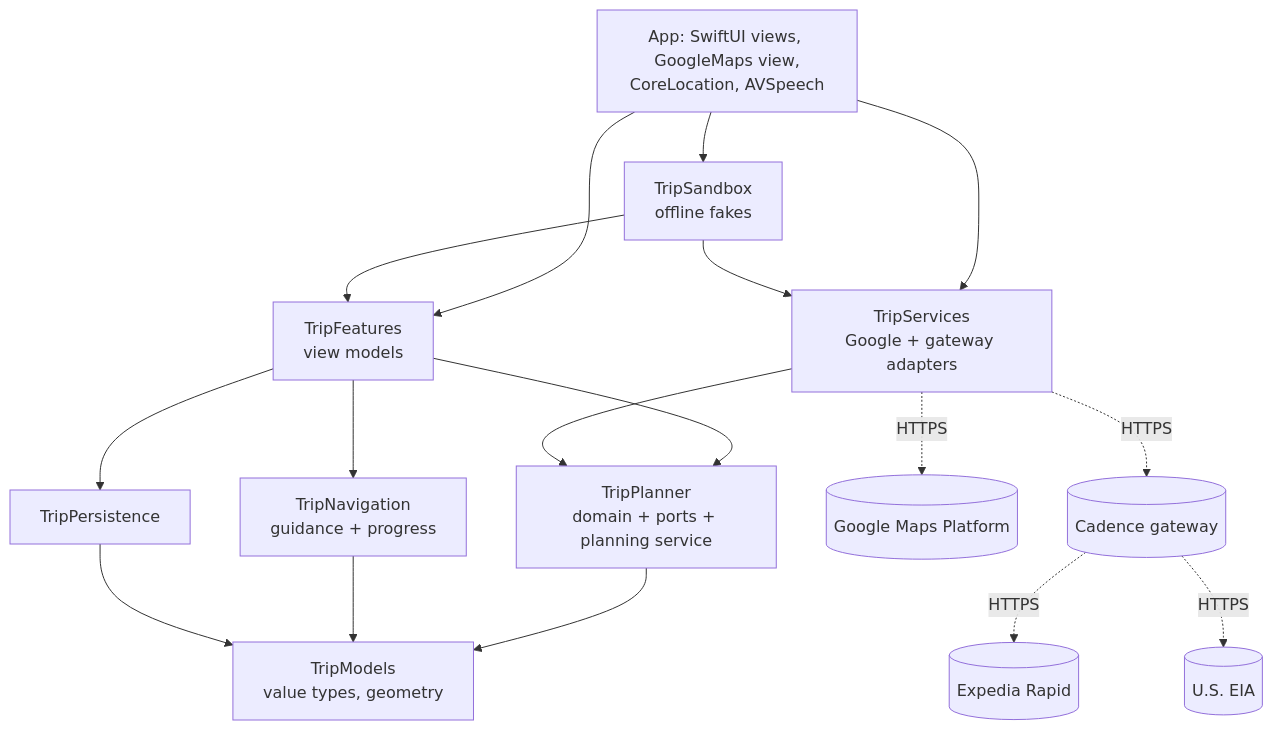
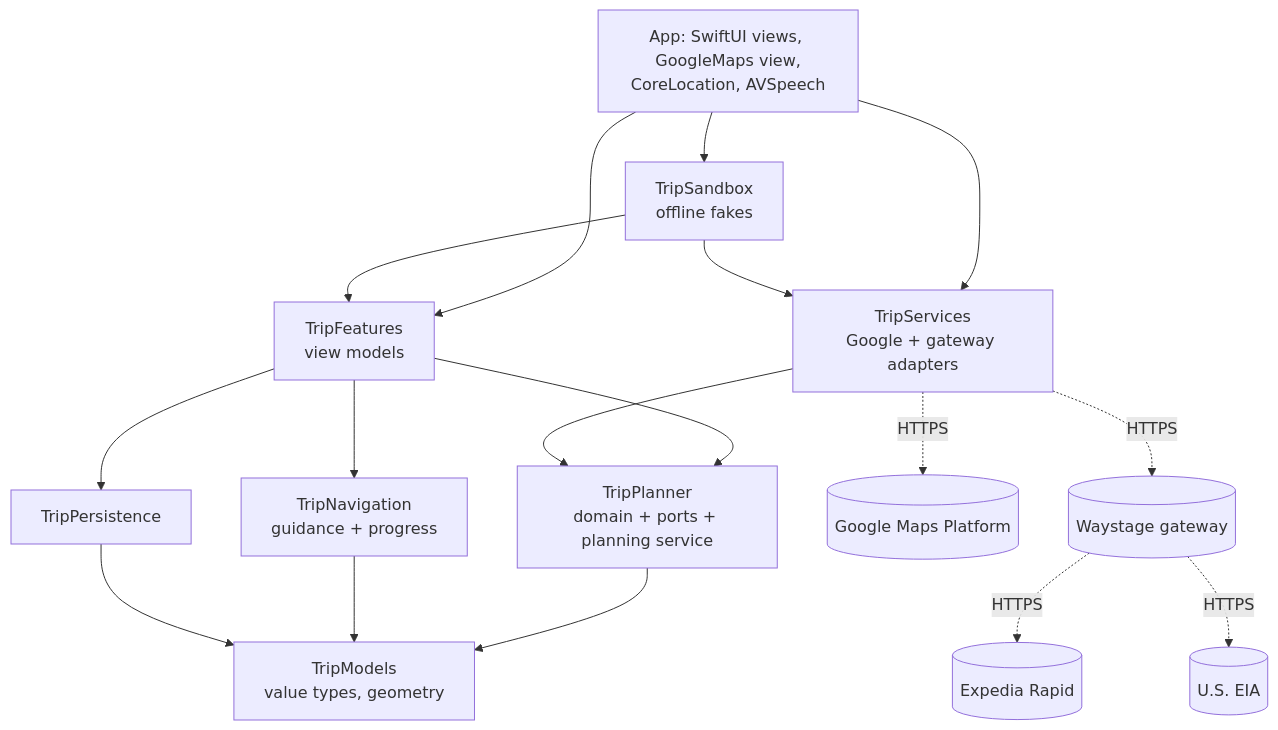
Before and after one commit to lenhat509/RoadPlanner: the diagram in docs/ARCHITECTURE.md, drawn with Mermaid. The commit also changed other lines of this file and 151 other files, not shown here.

````diff
--- a/docs/ARCHITECTURE.md
+++ b/docs/ARCHITECTURE.md
@@ -15,20 +15,20 @@
 ```mermaid
 graph TD
   App[App: SwiftUI views, GoogleMaps view,<br/>CoreLocation, AVSpeech] --> Features
   App --> Services
   App --> Sandbox
   Features[TripFeatures<br/>view models] --> Planner
   Features --> Navigation
   Features --> Persistence
   Services[TripServices<br/>Google + gateway adapters] --> Planner
   Planner[TripPlanner<br/>domain + ports + planning service] --> Models
   Navigation[TripNavigation<br/>guidance + progress] --> Models
   Persistence[TripPersistence] --> Models
   Sandbox[TripSandbox<br/>offline fakes] --> Services
   Sandbox --> Features
   Models[TripModels<br/>value types, geometry]
   Services -. HTTPS .-> Google[(Google Maps Platform)]
-  Services -. HTTPS .-> Gateway[(Cadence gateway)]
+  Services -. HTTPS .-> Gateway[(Waystage gateway)]
   Gateway -. HTTPS .-> Expedia[(Expedia Rapid)]
   Gateway -. HTTPS .-> EIA[(U.S. EIA)]
 ```
````
